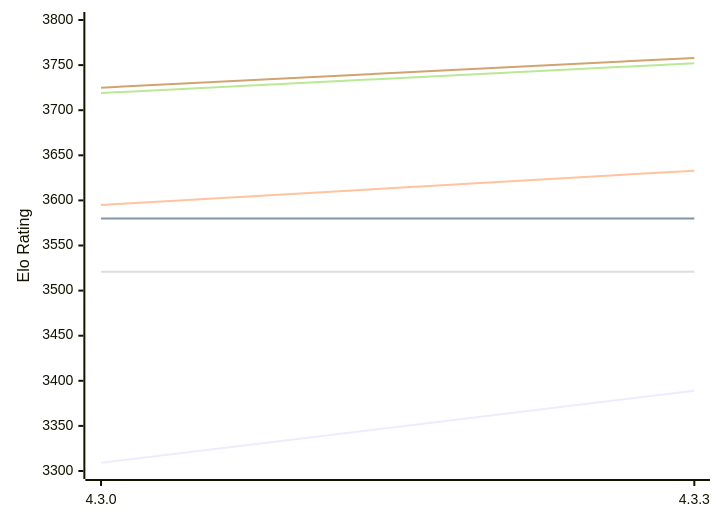
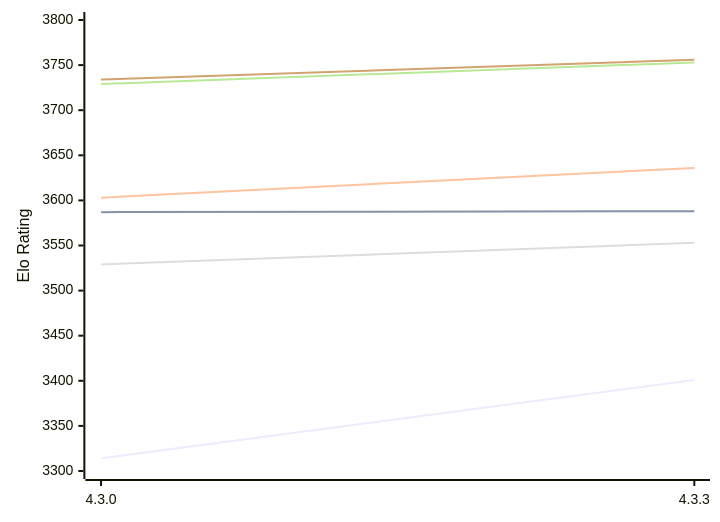
Before and after one commit to computer-chess-index/cci: the first of 2 diagrams in engines/Gaia.md, drawn with Mermaid. The commit also changed other lines of this file, not shown here.

Commit message:
Update CCI Ratings (ELO VLTC) - 2026-10-16

````diff
--- a/engines/Gaia.md
+++ b/engines/Gaia.md
@@ -55,12 +55,12 @@
 ```mermaid
 %%{init: {"theme":"base","themeVariables":{"seriesColors:['#a3a3a3','#222221','#faa371']}}}%%
 xychart-beta
   x-axis ["4.3.0", "4.3.3"]
   y-axis "Elo Rating" 3300 --> 3800
-  line "E1: STC (8.0+0.08s)" [3309, 3389]
-  line "E1: LTC (60.0+0.60s)" [3580, 3580]
-  line "E1: VLTC (2m24s+1.12s)" [3595, 3633]
-  line "P1: STC (8.0+0.08s)" [3521, 3521]
-  line "P1: LTC (60.0+0.60s)" [3719, 3752]
-  line "P1: VLTC (2m24s+1.12s)" [3725, 3758]
+  line "E1: STC (8.0+0.08s)" [3314, 3401]
+  line "E1: LTC (60.0+0.60s)" [3587, 3588]
+  line "E1: VLTC (2m24s+1.12s)" [3603, 3636]
+  line "P1: STC (8.0+0.08s)" [3529, 3553]
+  line "P1: LTC (60.0+0.60s)" [3729, 3753]
+  line "P1: VLTC (2m24s+1.12s)" [3734, 3756]
 ```
````
